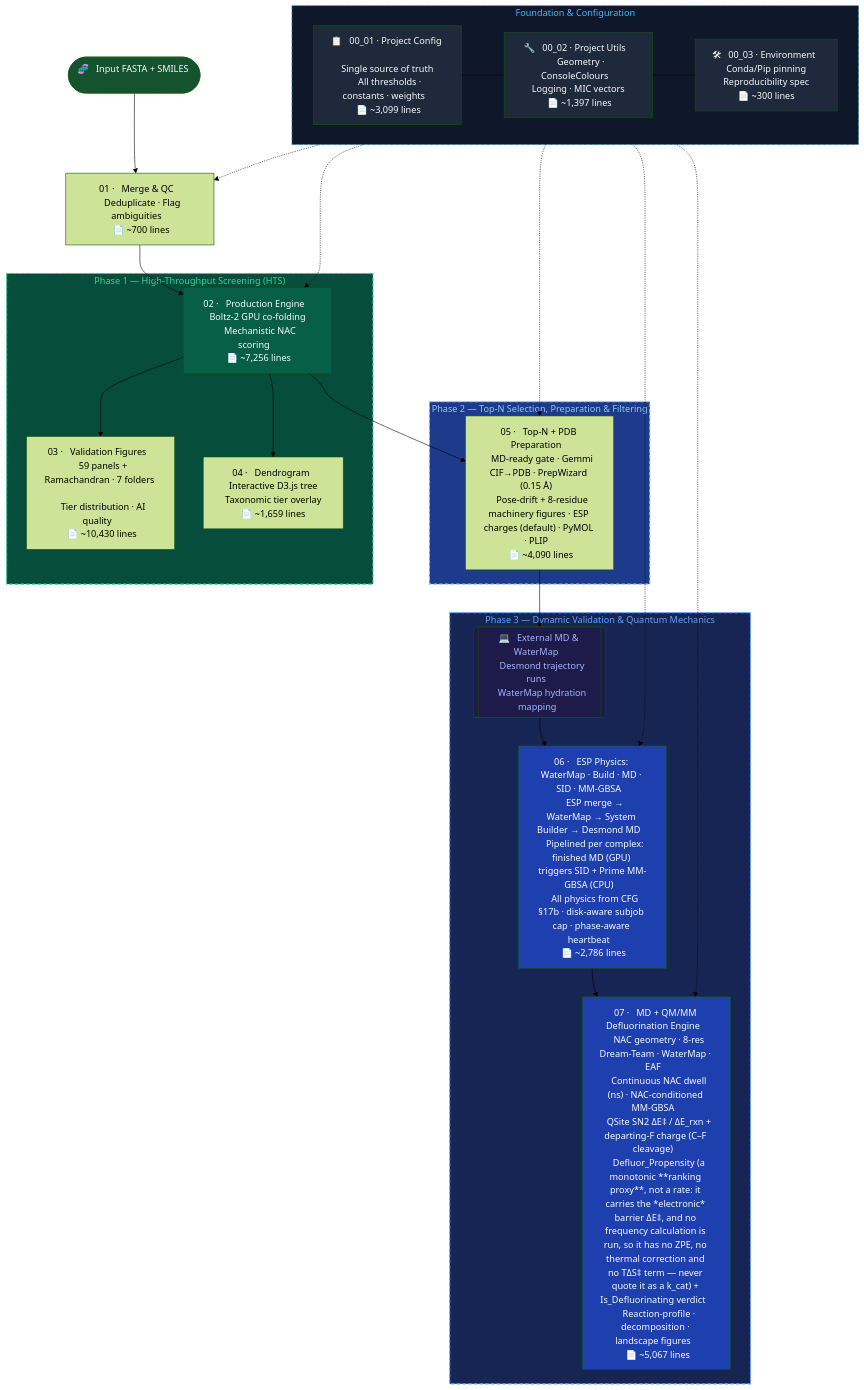
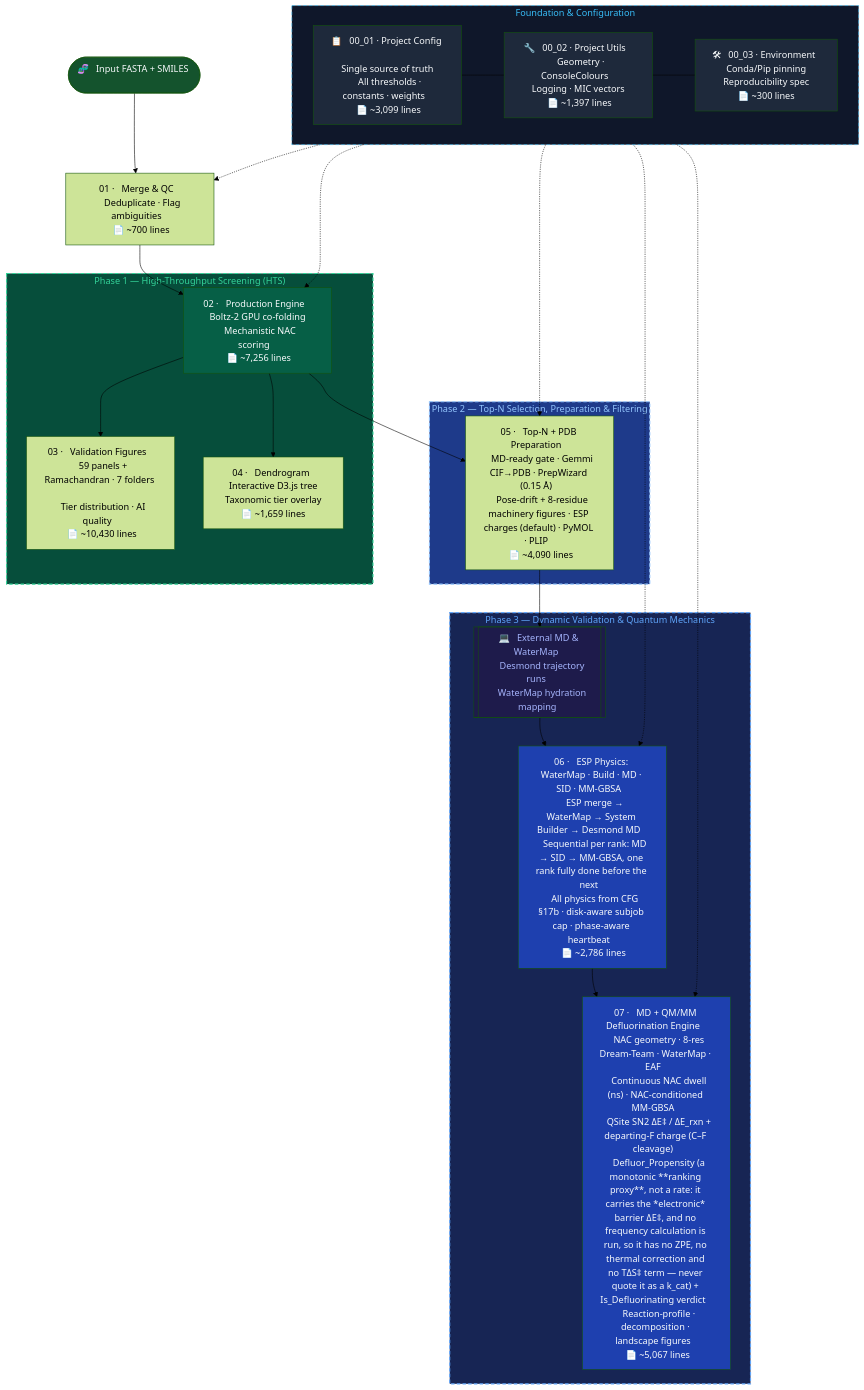
The diagram in README.md (KU-MGB/DeFluorX), drawn with Mermaid (forest theme) before and after one commit. The commit also changed other lines of this file and 5 other files, not shown here.

````diff
--- a/README.md
+++ b/README.md
@@ -190,56 +190,56 @@
 ```mermaid
 flowchart TD
     subgraph FOUNDATION["  Foundation & Configuration  "]
         CFG["📋 &nbsp; 00_01 · Project Config &nbsp; \n &nbsp; Single source of truth &nbsp; \n &nbsp; All thresholds · constants · weights &nbsp; \n &nbsp; 📄 ~3,099 lines &nbsp; "]
         UTL["🔧 &nbsp; 00_02 · Project Utils &nbsp; \n &nbsp; Geometry · ConsoleColours &nbsp; \n &nbsp; Logging · MIC vectors &nbsp; \n &nbsp; 📄 ~1,397 lines &nbsp; "]
         ENV["🛠 &nbsp; 00_03 · Environment &nbsp; \n &nbsp; Conda/Pip pinning &nbsp; \n &nbsp; Reproducibility spec &nbsp; \n &nbsp; 📄 ~300 lines &nbsp; "]
         CFG --- UTL --- ENV
     end
 
     START(["🧬 &nbsp; Input FASTA + SMILES &nbsp;"]) --> M1
     M1["01 · &nbsp; Merge & QC &nbsp; \n &nbsp; Deduplicate · Flag ambiguities &nbsp; \n &nbsp; 📄 ~700 lines &nbsp; "] --> M2
 
     subgraph PHASE1["  Phase 1 — High-Throughput Screening (HTS)  "]
         M2["02 · &nbsp; Production Engine &nbsp; \n &nbsp; Boltz-2 GPU co-folding &nbsp; \n &nbsp; Mechanistic NAC scoring &nbsp; \n &nbsp; 📄 ~7,256 lines &nbsp; "]
         M3["03 · &nbsp; Validation Figures &nbsp; \n &nbsp; 59 panels + Ramachandran · 7 folders &nbsp; \n &nbsp; Tier distribution · AI quality &nbsp; \n &nbsp; 📄 ~10,430 lines &nbsp; "]
         M4["04 · &nbsp; Dendrogram &nbsp; \n &nbsp; Interactive D3.js tree &nbsp; \n &nbsp; Taxonomic tier overlay &nbsp; \n &nbsp; 📄 ~1,659 lines &nbsp; "]
         M2 --> M3
         M2 --> M4
     end
 
     M2 --> M5
 
     subgraph PHASE2["  Phase 2 — Top-N Selection, Preparation & Filtering  "]
         M5["05 · &nbsp; Top-N + PDB Preparation &nbsp; \n &nbsp; MD-ready gate · Gemmi CIF→PDB · PrepWizard (0.15 Å) &nbsp; \n &nbsp; Pose-drift + 8-residue machinery figures · ESP charges (default) · PyMOL · PLIP &nbsp; \n &nbsp; 📄 ~4,090 lines &nbsp; "]
     end
 
     M5 --> EXT_MD
 
     subgraph PHASE3["  Phase 3 — Dynamic Validation & Quantum Mechanics  "]
         EXT_MD[["💻 &nbsp; External MD & WaterMap &nbsp; \n &nbsp; Desmond trajectory runs &nbsp; \n &nbsp; WaterMap hydration mapping &nbsp;"]]
-        M6["06 · &nbsp; ESP Physics: WaterMap · Build · MD · SID · MM-GBSA &nbsp; \n &nbsp; ESP merge → WaterMap → System Builder → Desmond MD &nbsp; \n &nbsp; Pipelined per complex: finished MD (GPU) triggers SID + Prime MM-GBSA (CPU) &nbsp; \n &nbsp; All physics from CFG §17b · disk-aware subjob cap · phase-aware heartbeat &nbsp; \n &nbsp; 📄 ~2,786 lines &nbsp; "]
+        M6["06 · &nbsp; ESP Physics: WaterMap · Build · MD · SID · MM-GBSA &nbsp; \n &nbsp; ESP merge → WaterMap → System Builder → Desmond MD &nbsp; \n &nbsp; Sequential per rank: MD → SID → MM-GBSA, one rank fully done before the next &nbsp; \n &nbsp; All physics from CFG §17b · disk-aware subjob cap · phase-aware heartbeat &nbsp; \n &nbsp; 📄 ~2,786 lines &nbsp; "]
         M7["07 · &nbsp; MD + QM/MM Defluorination Engine &nbsp; \n &nbsp; NAC geometry · 8-res Dream-Team · WaterMap · EAF &nbsp; \n &nbsp; Continuous NAC dwell (ns) · NAC-conditioned MM-GBSA &nbsp; \n &nbsp; QSite SN2 ΔE‡ / ΔE_rxn + departing-F charge (C–F cleavage) &nbsp; \n &nbsp; Defluor_Propensity (a monotonic **ranking proxy**, not a rate: it carries the *electronic* barrier ΔE‡, and no frequency calculation is run, so it has no ZPE, no thermal correction and no TΔS‡ term — never quote it as a k_cat) + Is_Defluorinating verdict &nbsp; \n &nbsp; Reaction-profile · decomposition · landscape figures &nbsp; \n &nbsp; 📄 ~5,067 lines &nbsp; "]
         EXT_MD --> M6 --> M7
     end
 
     %% Dependencies
     FOUNDATION -.-> M1
     FOUNDATION -.-> M2
     FOUNDATION -.-> M5
     FOUNDATION -.-> M6
     FOUNDATION -.-> M7
 
     style FOUNDATION fill:#0f172a,color:#38bdf8,stroke:#38bdf8
     style CFG fill:#1e293b,color:#f8fafc
     style UTL fill:#1e293b,color:#f8fafc
     style ENV fill:#1e293b,color:#f8fafc
     style PHASE1 fill:#064e3b,color:#34d399,stroke:#34d399,stroke-width:2px,stroke-dasharray: 6 4
     style PHASE2 fill:#1e3a8a,color:#93c5fd,stroke:#93c5fd,stroke-width:2px,stroke-dasharray: 6 4
     style PHASE3 fill:#172554,color:#60a5fa,stroke:#60a5fa,stroke-width:2px,stroke-dasharray: 6 4
     style FOUNDATION stroke-dasharray: 6 4
     style M2 fill:#065f46,color:#f8fafc
     style M6 fill:#1e40af,color:#f8fafc
     style M7 fill:#1e40af,color:#f8fafc
     style START fill:#14532d,color:#f8fafc
     style EXT_MD fill:#1e1b4b,color:#a5b4fc
 ```
````
